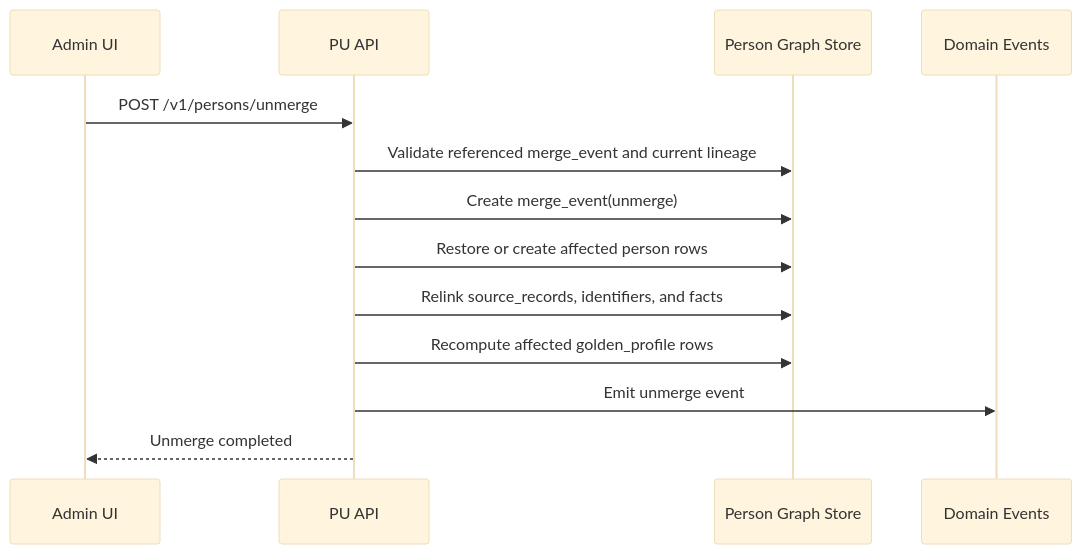
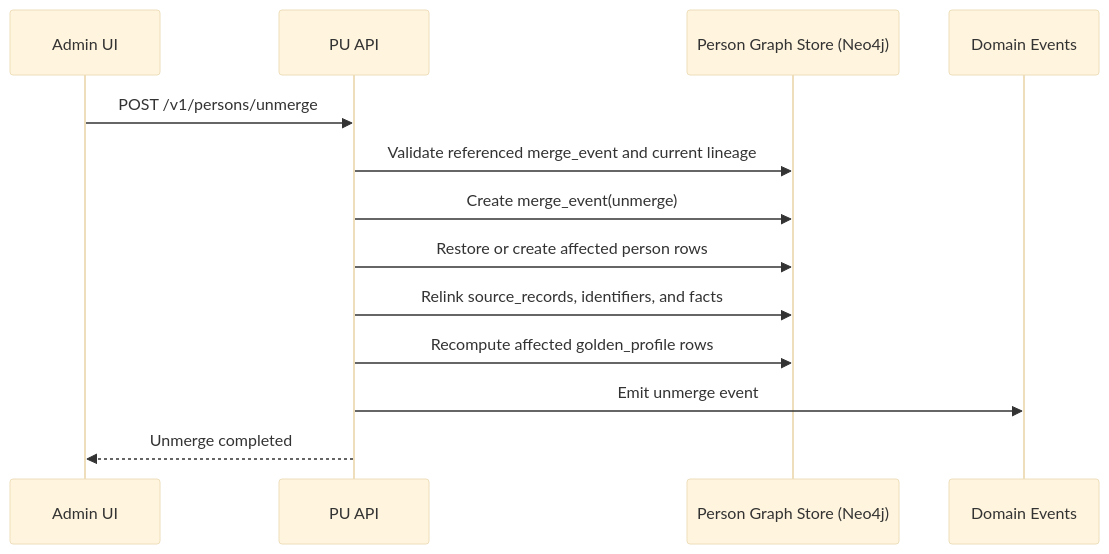
Before and after one commit to sparkfn/hyperP: the seventh of 9 diagrams in docs/profile-unifier-sequence-diagrams.md, drawn with Mermaid (base theme). The commit also changed other lines of this file and 12 other files, not shown here.

First line of the commit message:
Transition platform from PostgreSQL to Neo4j with graph-native design

````diff
--- a/docs/profile-unifier-sequence-diagrams.md
+++ b/docs/profile-unifier-sequence-diagrams.md
@@ -157,16 +157,16 @@
 ```mermaid
 sequenceDiagram
     participant Admin as Admin UI
     participant API as PU API
-    participant Store as Person Graph Store
+    participant Store as Person Graph Store (Neo4j)
     participant Events as Domain Events
 
     Admin->>API: POST /v1/persons/unmerge
     API->>Store: Validate referenced merge_event and current lineage
     API->>Store: Create merge_event(unmerge)
     API->>Store: Restore or create affected person rows
     API->>Store: Relink source_records, identifiers, and facts
     API->>Store: Recompute affected golden_profile rows
     API->>Events: Emit unmerge event
     API-->>Admin: Unmerge completed
 ```
````
